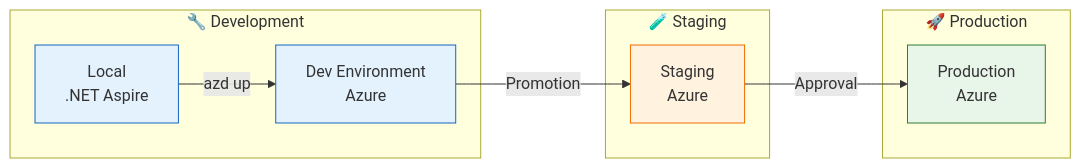
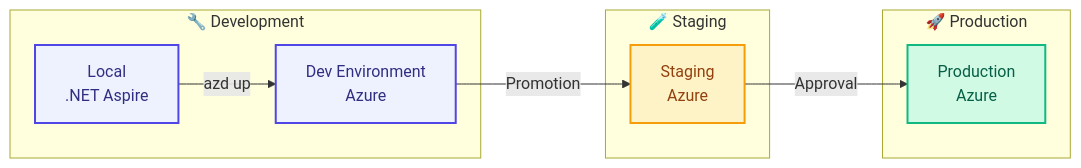
The first of 6 diagrams in docs/architecture/07-deployment-architecture.md (Evilazaro/Azure-LogicApps-Monitoring), drawn with Mermaid before and after one commit. The commit also changed other lines of this file and 1 other file, not shown here.

Commit message:
feat(docs): Update security and deployment architecture diagrams with modern color palette and detailed annotations

````diff
--- a/docs/architecture/07-deployment-architecture.md
+++ b/docs/architecture/07-deployment-architecture.md
@@ -32,27 +32,30 @@
 ```mermaid
 flowchart LR
+    %% Environment Model - Promotion flow from local to production
     subgraph Dev["🔧 Development"]
         Local["Local<br/>.NET Aspire"]
         DevEnv["Dev Environment<br/>Azure"]
     end
 
     subgraph Stage["🧪 Staging"]
         StageEnv["Staging<br/>Azure"]
     end
 
     subgraph Prod["🚀 Production"]
         ProdEnv["Production<br/>Azure"]
     end
 
+    %% Promotion flow
     Local -->|"azd up"| DevEnv
     DevEnv -->|"Promotion"| StageEnv
     StageEnv -->|"Approval"| ProdEnv
 
-    classDef dev fill:#e3f2fd,stroke:#1565c0
-    classDef stage fill:#fff3e0,stroke:#ef6c00
-    classDef prod fill:#e8f5e9,stroke:#2e7d32
+    %% Modern color palette - WCAG AA compliant
+    classDef dev fill:#EEF2FF,stroke:#4F46E5,stroke-width:2px,color:#312E81
+    classDef stage fill:#FEF3C7,stroke:#F59E0B,stroke-width:2px,color:#92400E
+    classDef prod fill:#D1FAE5,stroke:#10B981,stroke-width:2px,color:#065F46
 
     class Local,DevEnv dev
     class StageEnv stage
     class ProdEnv prod
 ```
````
